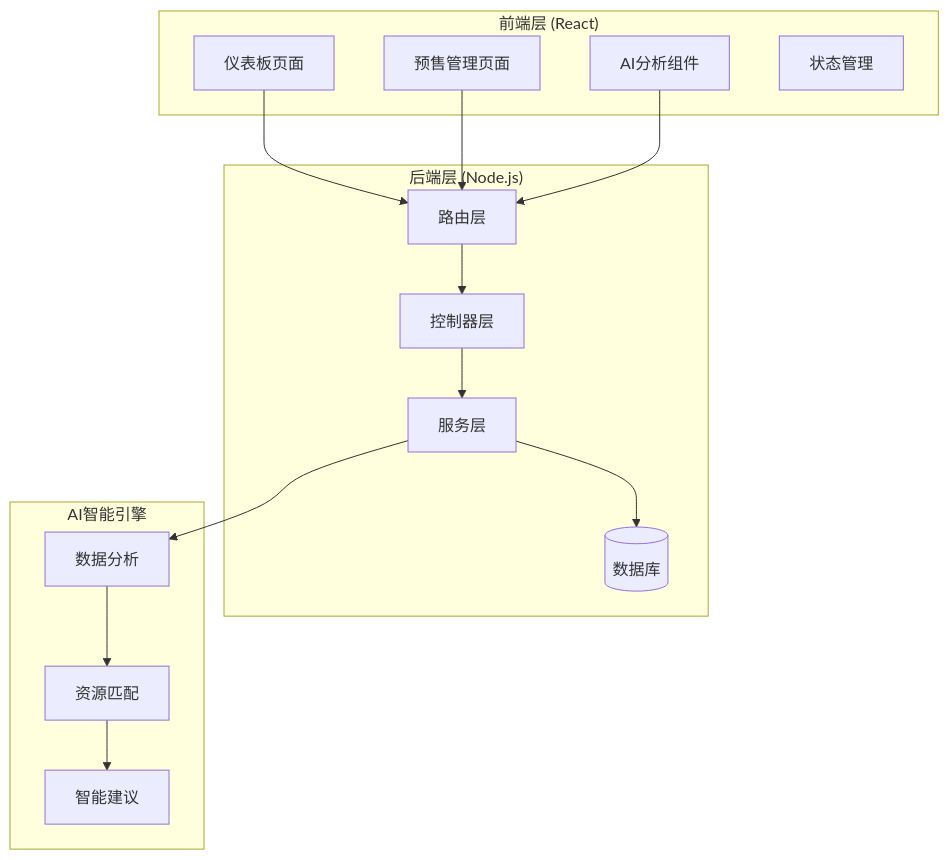
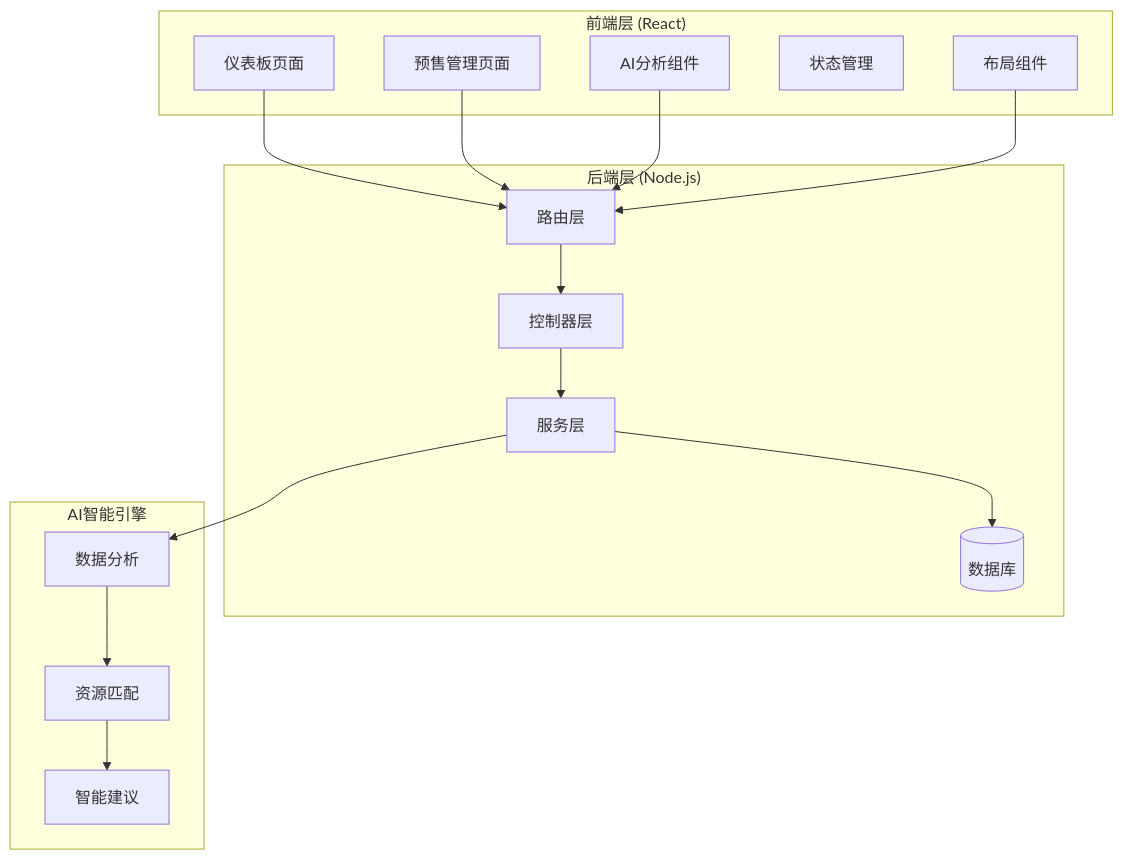
The first of 18 diagrams in .qoder/repowiki/zh/content/Pre Sales Dashboard.md (xianjianshenqu/SalesFlow-CRM), drawn with Mermaid before and after one commit. The commit also changed other lines of this file and 7 other files, not shown here.

````diff
--- a/.qoder/repowiki/zh/content/Pre Sales Dashboard.md
+++ b/.qoder/repowiki/zh/content/Pre Sales Dashboard.md
@@ -42,29 +52,31 @@
 ```mermaid
 graph TB
 subgraph "前端层 (React)"
 FE_Dashboard[仪表板页面]
 FE_Presales[预售管理页面]
 FE_AI[AI分析组件]
 FE_Store[状态管理]
+FE_Layout[布局组件]
 end
 subgraph "后端层 (Node.js)"
 BE_Router[路由层]
 BE_Controller[控制器层]
 BE_Service[服务层]
 BE_DB[(数据库)]
 end
 subgraph "AI智能引擎"
 AI_Analysis[数据分析]
 AI_Matching[资源匹配]
 AI_Suggestions[智能建议]
 end
 FE_Dashboard --> BE_Router
 FE_Presales --> BE_Router
 FE_AI --> BE_Router
+FE_Layout --> BE_Router
 BE_Router --> BE_Controller
 BE_Controller --> BE_Service
 BE_Service --> BE_DB
 BE_Service --> AI_Analysis
 AI_Analysis --> AI_Matching
 AI_Matching --> AI_Suggestions
 ```
````
